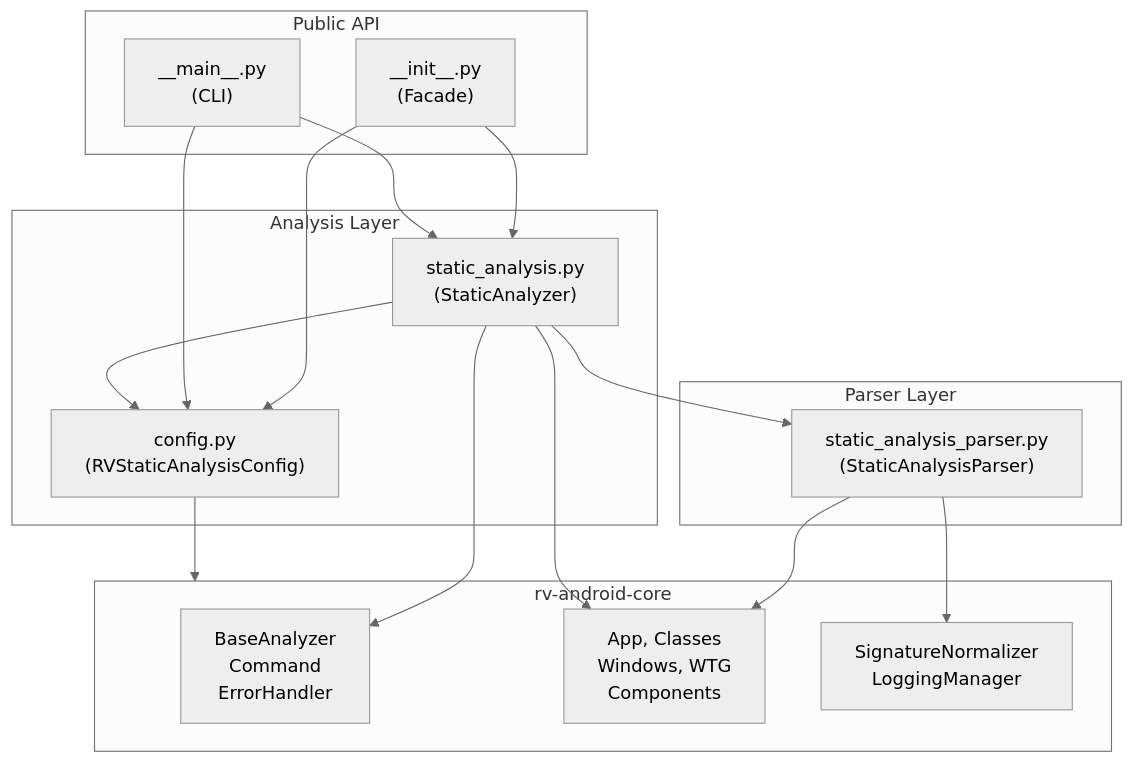
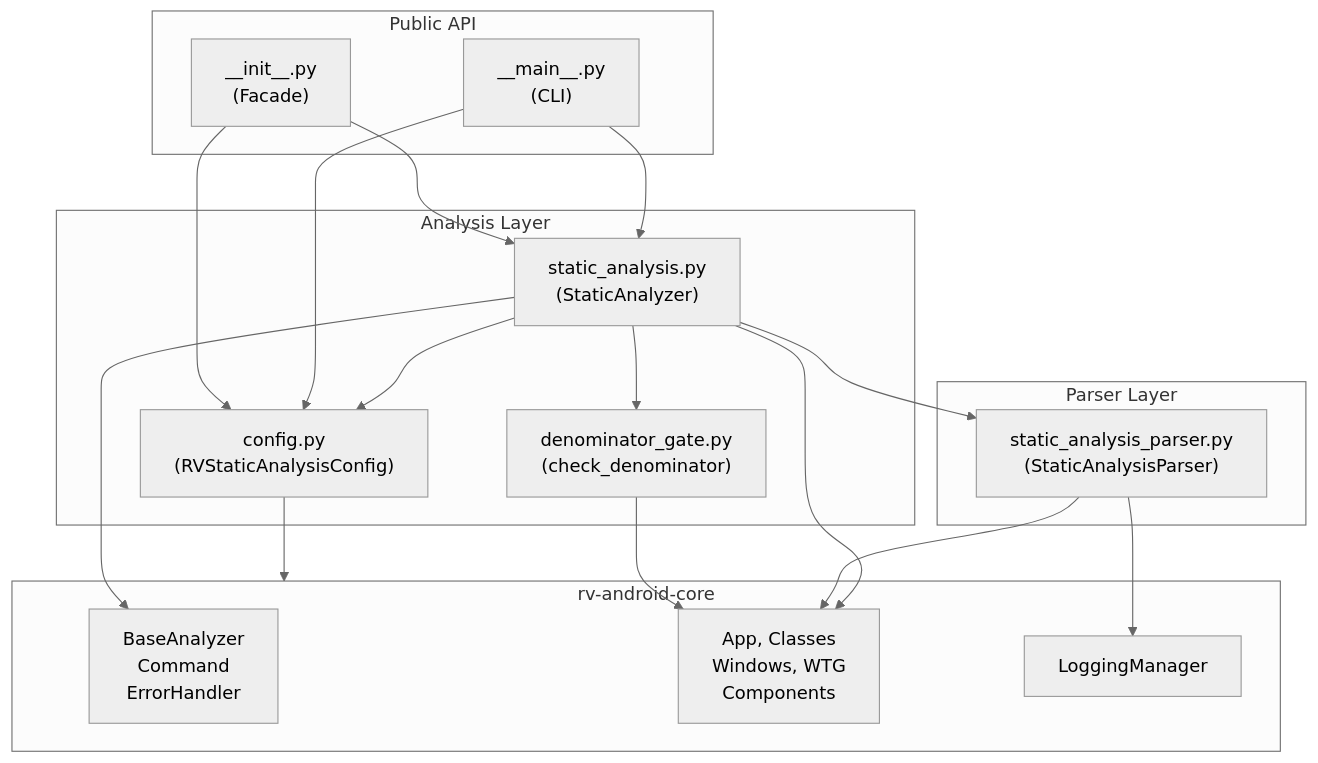
The third of 5 diagrams in rv-android/modules/rv-static-analysis/docs/architecture.md (PAMunb/rvsec), drawn with Mermaid before and after one commit. The commit also changed other lines of this file and 99 other files, not shown here.

````diff
--- a/rv-android/modules/rv-static-analysis/docs/architecture.md
+++ b/rv-android/modules/rv-static-analysis/docs/architecture.md
@@ -322,32 +371,35 @@
 ```mermaid
 %%{init: {'theme': 'neutral'}}%%
 flowchart TB
     subgraph Public["Public API"]
         INIT["__init__.py\n(Facade)"]
         MAIN["__main__.py\n(CLI)"]
     end
     subgraph Analysis["Analysis Layer"]
         ANALYZER["static_analysis.py\n(StaticAnalyzer)"]
         CONFIG["config.py\n(RVStaticAnalysisConfig)"]
+        GATE["denominator_gate.py\n(check_denominator)"]
     end
     subgraph Parser["Parser Layer"]
         PARSER["static_analysis_parser.py\n(StaticAnalysisParser)"]
     end
     subgraph CoreDep["rv-android-core"]
         BASE["BaseAnalyzer\nCommand\nErrorHandler"]
         DOMAIN["App, Classes\nWindows, WTG\nComponents"]
-        UTIL["SignatureNormalizer\nLoggingManager"]
+        UTIL["LoggingManager"]
     end
 
     INIT --> ANALYZER
     INIT --> CONFIG
     MAIN --> ANALYZER
     MAIN --> CONFIG
     ANALYZER --> CONFIG
     ANALYZER --> PARSER
+    ANALYZER --> GATE
+    GATE --> DOMAIN
     PARSER --> DOMAIN
     PARSER --> UTIL
     ANALYZER --> BASE
     ANALYZER --> DOMAIN
     CONFIG --> CoreDep
 ```
````
